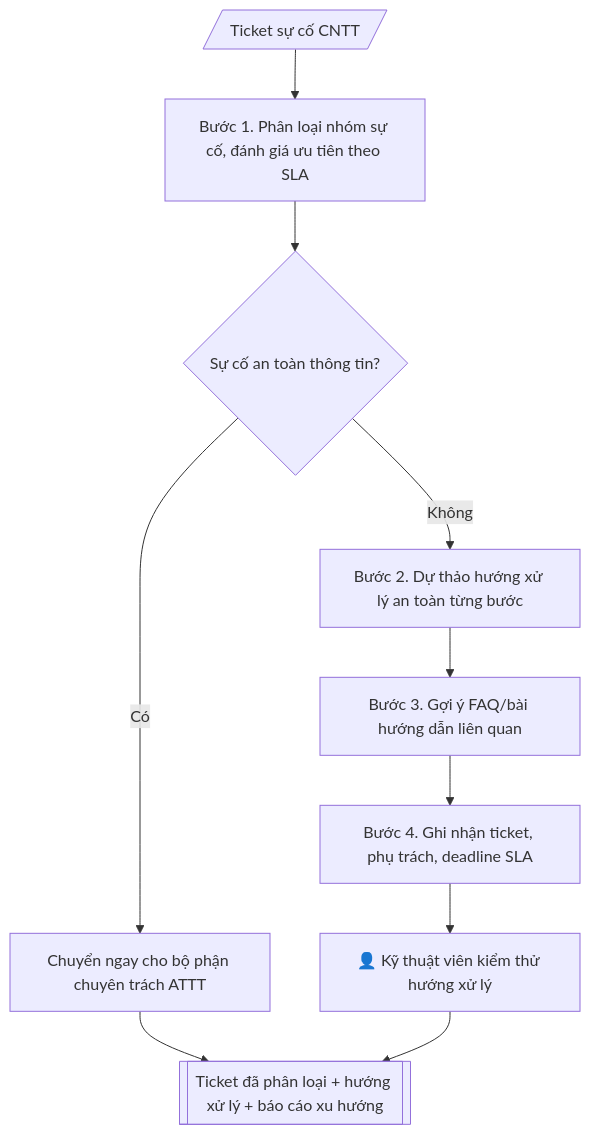
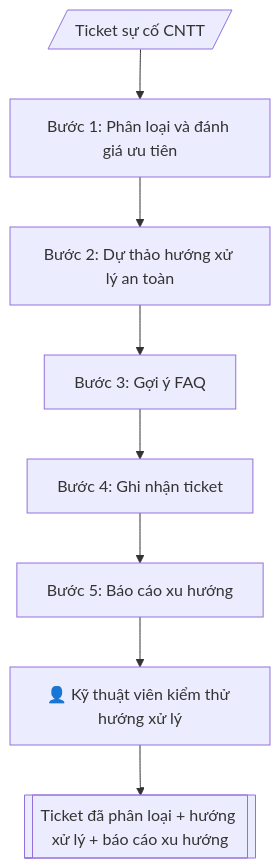
The diagram in skills/helpdesk-cntt-triage/SKILL.md (phamtruong91/dh-skills), drawn with Mermaid before and after one commit. The commit also changed 124 other files, not shown here.

````diff
--- a/skills/helpdesk-cntt-triage/SKILL.md
+++ b/skills/helpdesk-cntt-triage/SKILL.md
@@ -92,15 +92,10 @@
 ```mermaid
 flowchart TD
-    A[/"Ticket sự cố CNTT"/]
-    B["Bước 1. Phân loại nhóm sự cố, đánh giá ưu tiên theo SLA"]
-    C{"Sự cố an toàn thông tin?"}
-    D["Chuyển ngay cho bộ phận chuyên trách ATTT"]
-    E["Bước 2. Dự thảo hướng xử lý an toàn từng bước"]
-    F["Bước 3. Gợi ý FAQ/bài hướng dẫn liên quan"]
-    G["Bước 4. Ghi nhận ticket, phụ trách, deadline SLA"]
-    HG["👤 Kỹ thuật viên kiểm thử hướng xử lý"]
-    H[["Ticket đã phân loại + hướng xử lý + báo cáo xu hướng"]]
-    A --> B --> C
-    C -->|Có| D --> H
-    C -->|Không| E --> F --> G --> HG --> H
+    IN[/"Ticket sự cố CNTT"/] --> B1["Bước 1: Phân loại và đánh giá ưu tiên"]
+    B1 --> B2["Bước 2: Dự thảo hướng xử lý an toàn"]
+    B2 --> B3["Bước 3: Gợi ý FAQ"]
+    B3 --> B4["Bước 4: Ghi nhận ticket"]
+    B4 --> B5["Bước 5: Báo cáo xu hướng"]
+    B5 --> HG["👤 Kỹ thuật viên kiểm thử hướng xử lý"]
+    HG --> OUT[["Ticket đã phân loại + hướng xử lý + báo cáo xu hướng"]]
 ```
````
